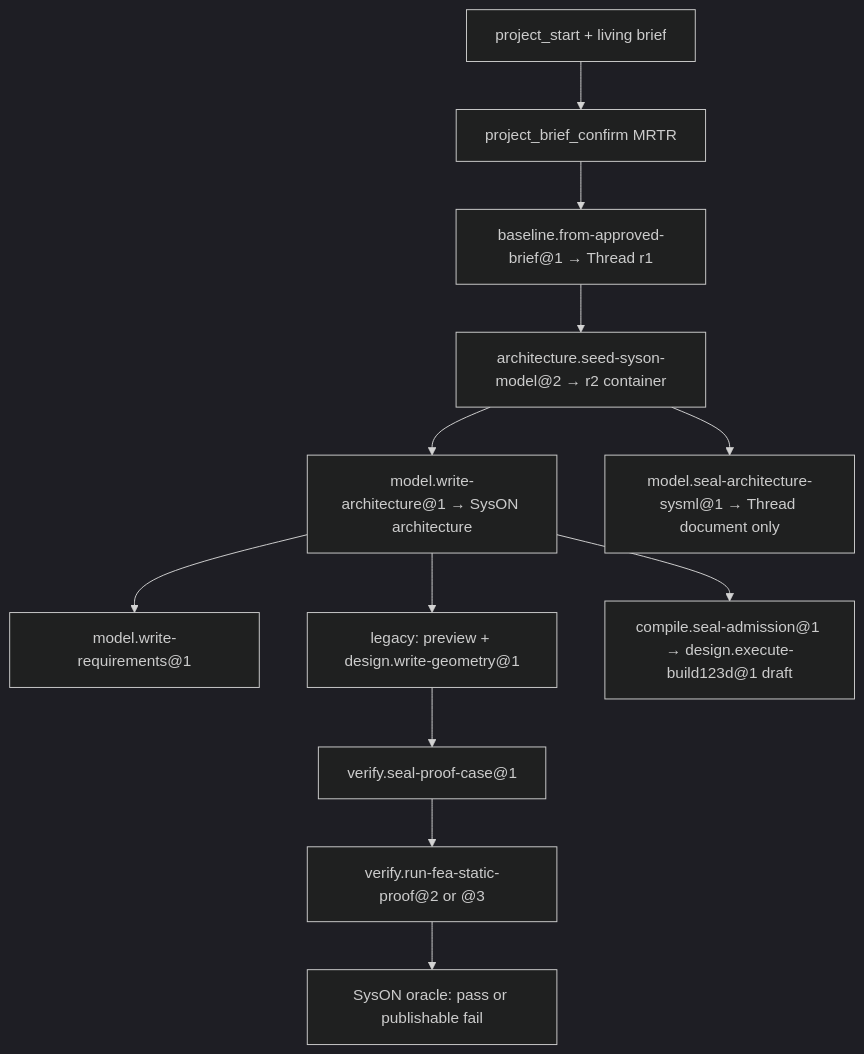
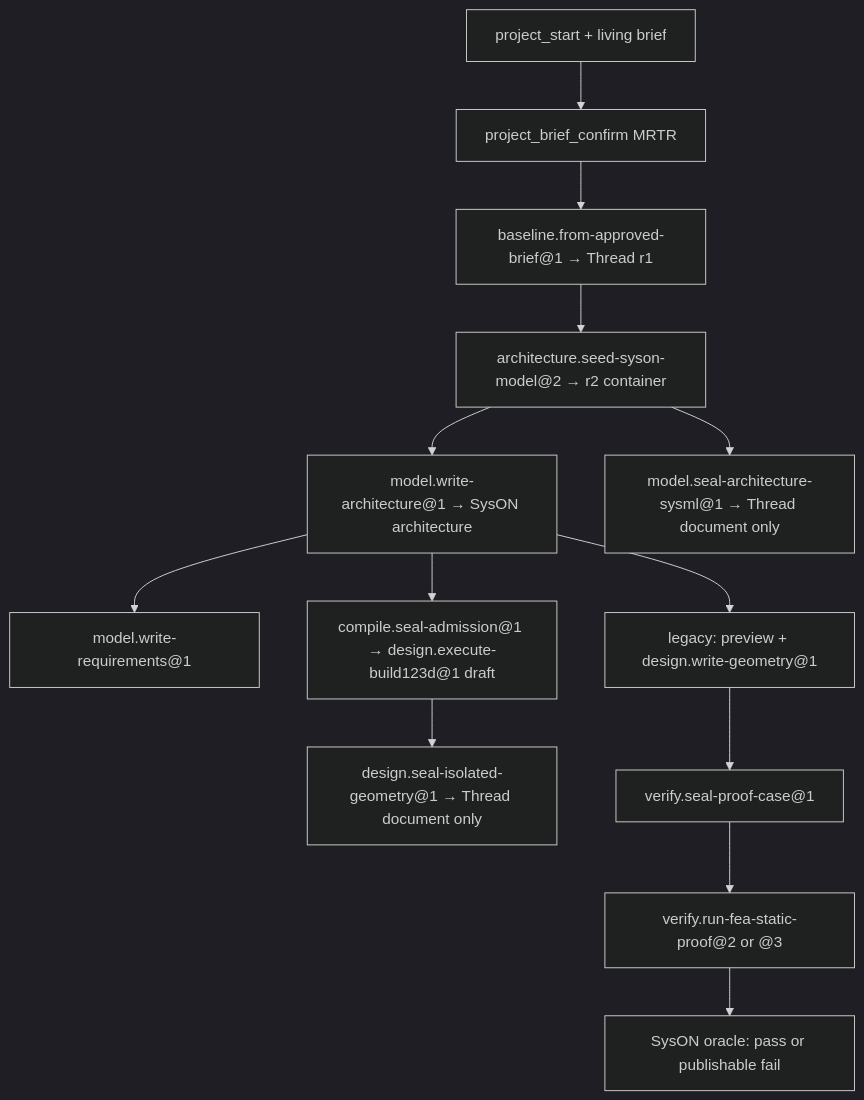
One commit to Casys-AI/casys-digital-thread changed the second of 2 diagrams in docs/reference/agent-workspace.md. Above: the diagram before and after it, drawn with Mermaid (dark theme). The commit also changed other lines of this file and 37 other files, not shown here.

First line of the commit message:
feat: qualify fillet, localize SysML seals, and seal isolated geometry

````diff
--- a/docs/reference/agent-workspace.md
+++ b/docs/reference/agent-workspace.md
@@ -197,14 +200,15 @@
 ```mermaid
 flowchart TD
   intent["project_start + living brief"] --> confirm["project_brief_confirm MRTR"]
   confirm --> r1["baseline.from-approved-brief@1 → Thread r1"]
   r1 --> seed["architecture.seed-syson-model@2 → r2 container"]
   seed --> arch["model.write-architecture@1 → SysON architecture"]
   seed --> sealSysml["model.seal-architecture-sysml@1 → Thread document only"]
   arch --> req["model.write-requirements@1"]
   arch --> geomA["legacy: preview + design.write-geometry@1"]
   arch --> geomB["compile.seal-admission@1 → design.execute-build123d@1 draft"]
+  geomB --> sealGeom["design.seal-isolated-geometry@1 → Thread document only"]
   geomA --> proof["verify.seal-proof-case@1"]
   proof --> fea["verify.run-fea-static-proof@2 or @3"]
   fea --> verdict["SysON oracle: pass or publishable fail"]
 ```
````
